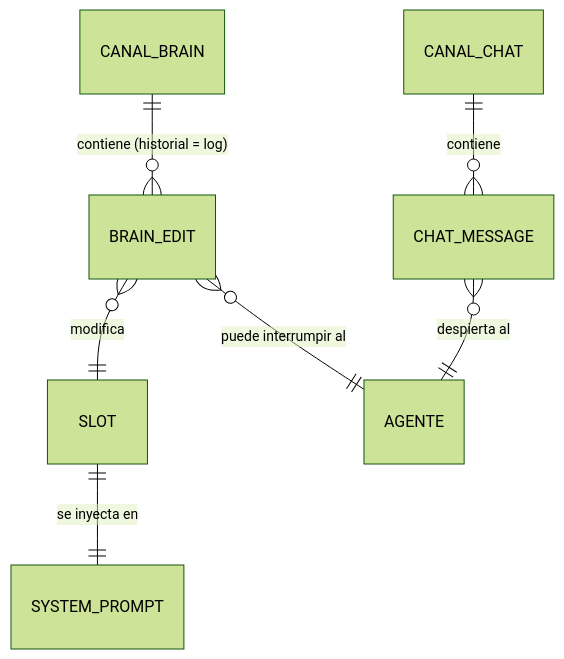
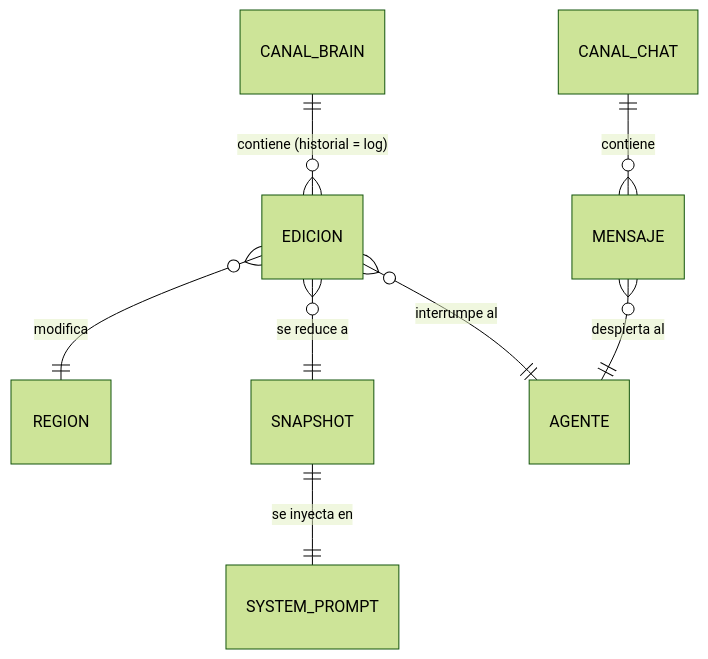
The diagram in docs/data-model.md (polmarza/el-paciente), drawn with Mermaid (forest theme) before and after one commit. The commit also changed other lines of this file and 52 other files, not shown here.

````diff
--- a/docs/data-model.md
+++ b/docs/data-model.md
@@ -89,9 +99,10 @@
 ```mermaid
 erDiagram
-  CANAL_CHAT ||--o{ CHAT_MESSAGE : "contiene"
-  CANAL_BRAIN ||--o{ BRAIN_EDIT : "contiene (historial = log)"
-  BRAIN_EDIT }o--|| SLOT : "modifica"
-  SLOT ||--|| SYSTEM_PROMPT : "se inyecta en"
-  CHAT_MESSAGE }o--|| AGENTE : "despierta al"
-  BRAIN_EDIT }o--|| AGENTE : "puede interrumpir al"
+  CANAL_BRAIN ||--o{ EDICION : "contiene (historial = log)"
+  EDICION }o--|| REGION : "modifica"
+  EDICION }o--|| SNAPSHOT : "se reduce a"
+  SNAPSHOT ||--|| SYSTEM_PROMPT : "se inyecta en"
+  CANAL_CHAT ||--o{ MENSAJE : "contiene"
+  MENSAJE }o--|| AGENTE : "despierta al"
+  EDICION }o--|| AGENTE : "interrumpe al"
 ```
````
